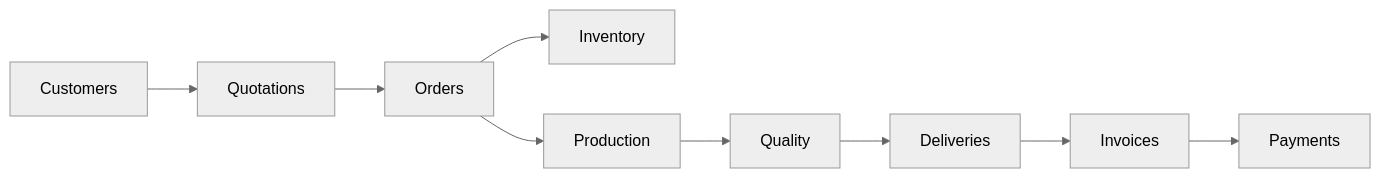
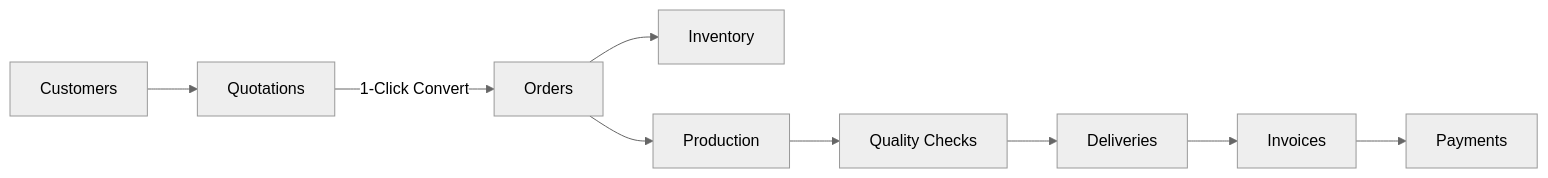
The diagram in README.md (SageCookie/ORVION), drawn with Mermaid (neutral theme) before and after one commit. The commit also changed other lines of this file and 5 other files, not shown here.

````diff
--- a/README.md
+++ b/README.md
@@ -28,11 +39,11 @@
 ```mermaid
 flowchart LR
-    Customers --> Quotations
-    Quotations --> Orders
-    Orders --> Inventory
-    Orders --> Production
-    Production --> Quality
-    Quality --> Deliveries
-    Deliveries --> Invoices
-    Invoices --> Payments
+    A[Customers] --> B[Quotations]
+    B -->|1-Click Convert| C[Orders]
+    C --> D[Inventory]
+    C --> E[Production]
+    E --> F[Quality Checks]
+    F --> G[Deliveries]
+    G --> H[Invoices]
+    H --> I[Payments]
 ```
````
